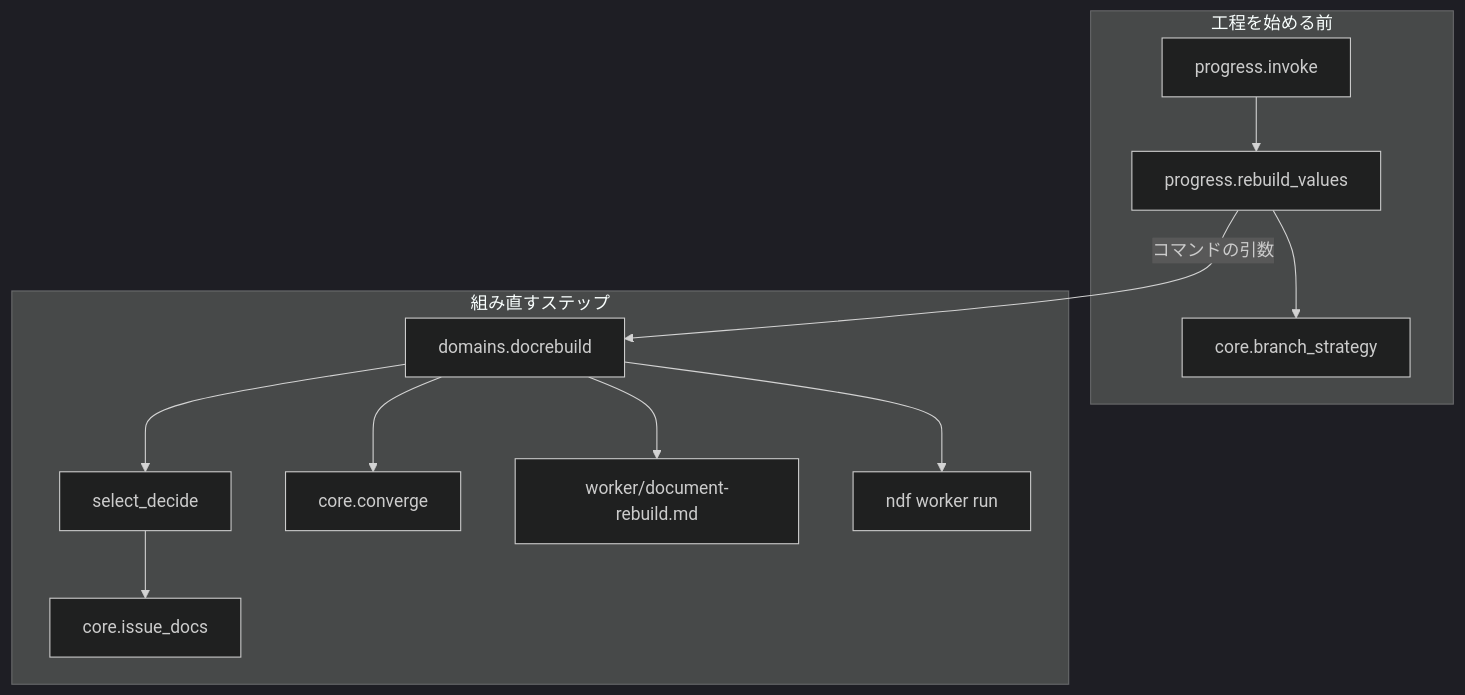
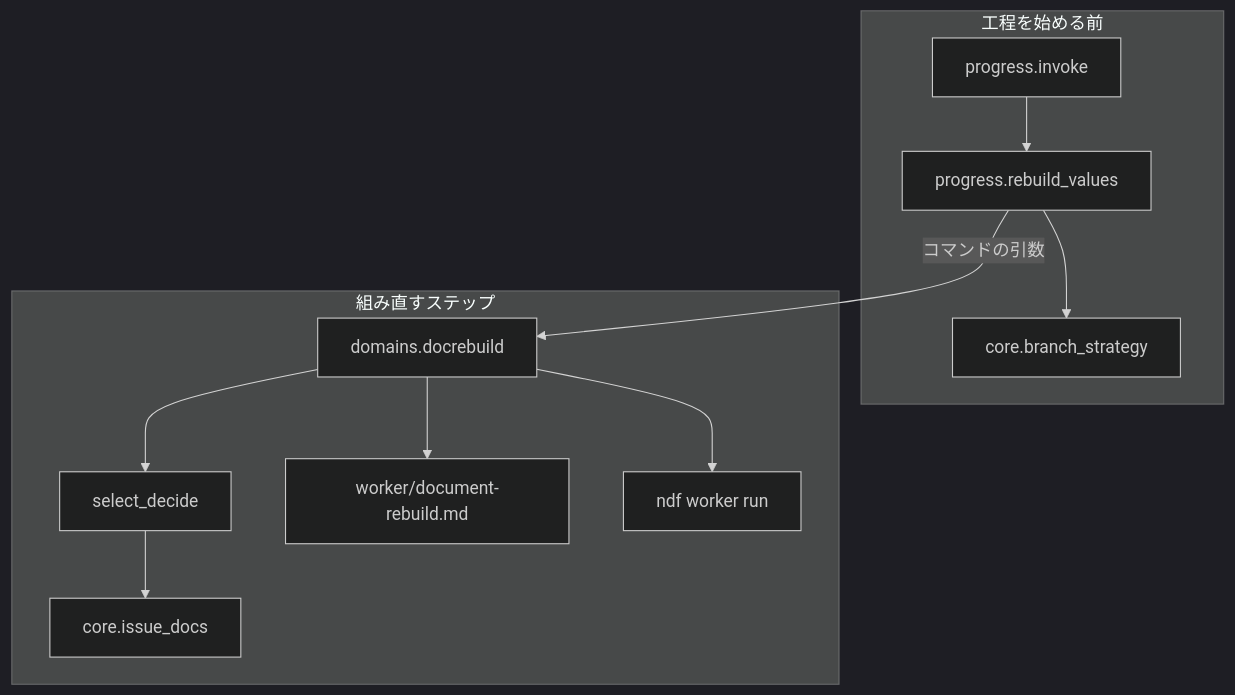
One commit to devbasex/ai-plugins changed the third of 4 diagrams in issues/issue-4337-design.md. Above: the diagram before and after it, drawn with Mermaid (dark theme). The commit also changed other lines of this file, not shown here.

````diff
--- a/issues/issue-4337-design.md
+++ b/issues/issue-4337-design.md
@@ -124,15 +114,14 @@
 ```mermaid
 flowchart TD
     subgraph 工程を始める前
         I["progress.invoke"] --> V["progress.rebuild_values"]
         V --> BS["core.branch_strategy"]
     end
     subgraph 組み直すステップ
         C["domains.docrebuild"] --> SD["select_decide"]
         SD --> ID["core.issue_docs"]
-        C --> CV["core.converge"]
         C --> TP["worker/document-rebuild.md"]
         C --> WR["ndf worker run"]
     end
     V -->|コマンドの引数| C
 ```
````
